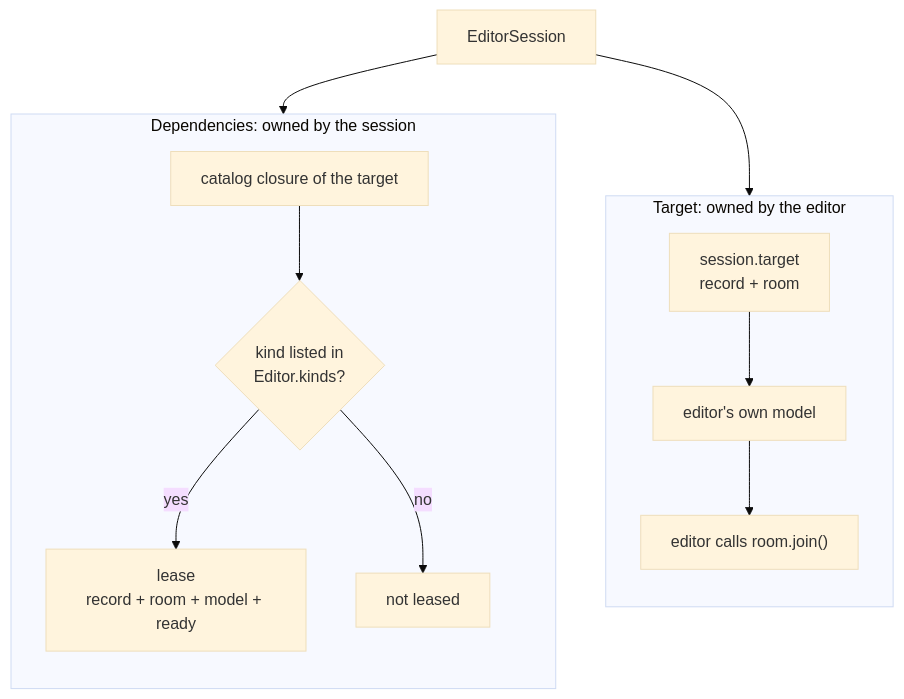
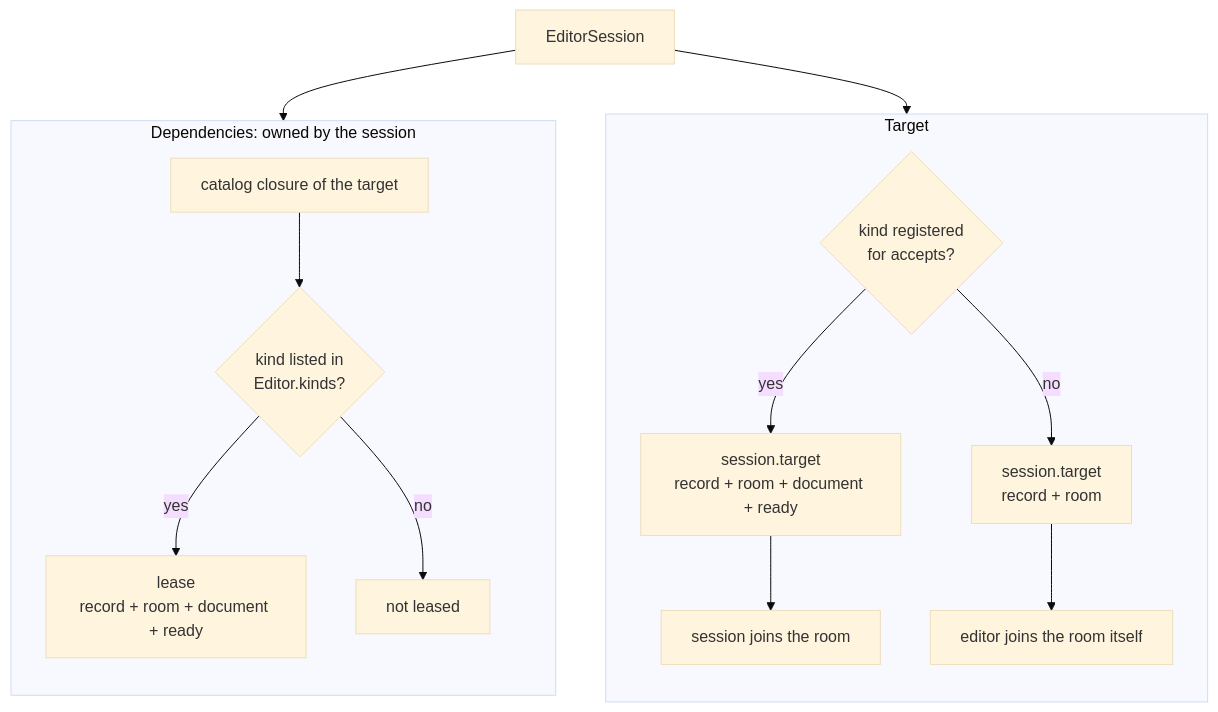
Before and after one commit to JollyPixel/editor: the fourth of 10 diagrams in packages/editors/host/ARCHITECTURE.md, drawn with Mermaid (base theme). The commit also changed other lines of this file and 88 other files, not shown here.

````diff
--- a/packages/editors/host/ARCHITECTURE.md
+++ b/packages/editors/host/ARCHITECTURE.md
@@ -132,26 +132,29 @@
 ```mermaid
 flowchart TB
   Session["EditorSession"]
 
-  subgraph TargetSide["Target: owned by the editor"]
+  subgraph TargetSide["Target"]
     direction TB
-    TargetLease["session.target<br/>record + room"]
-    TargetModel["editor's own model"]
-    Join["editor calls room.join()"]
-    TargetLease --> TargetModel --> Join
+    TargetKind{"kind registered<br/>for accepts?"}
+    TargetLeased["session.target<br/>record + room + document + ready"]
+    TargetRoom["session.target<br/>record + room"]
+    TargetJoin["session joins the room"]
+    EditorJoin["editor joins the room itself"]
+    TargetKind -->|"yes"| TargetLeased --> TargetJoin
+    TargetKind -->|"no"| TargetRoom --> EditorJoin
   end
 
   subgraph DependencySide["Dependencies: owned by the session"]
     direction TB
     Closure["catalog closure of the target"]
     Filter{"kind listed in<br/>Editor.kinds?"}
-    DepLease["lease<br/>record + room + model + ready"]
+    DepLease["lease<br/>record + room + document + ready"]
     Skipped["not leased"]
     Closure --> Filter
     Filter -->|"yes"| DepLease
     Filter -->|"no"| Skipped
   end
 
-  Session --> TargetLease
+  Session --> TargetKind
   Session --> Closure
 ```
````
